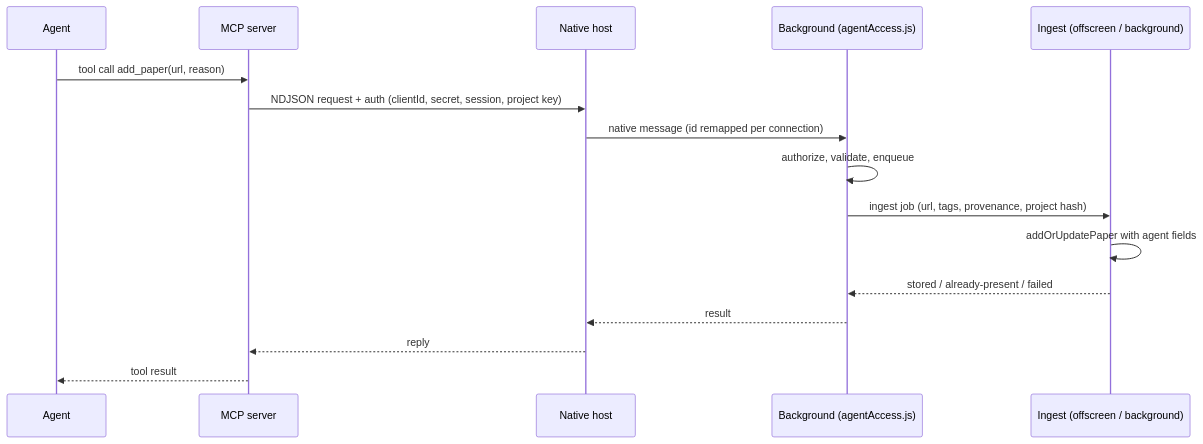
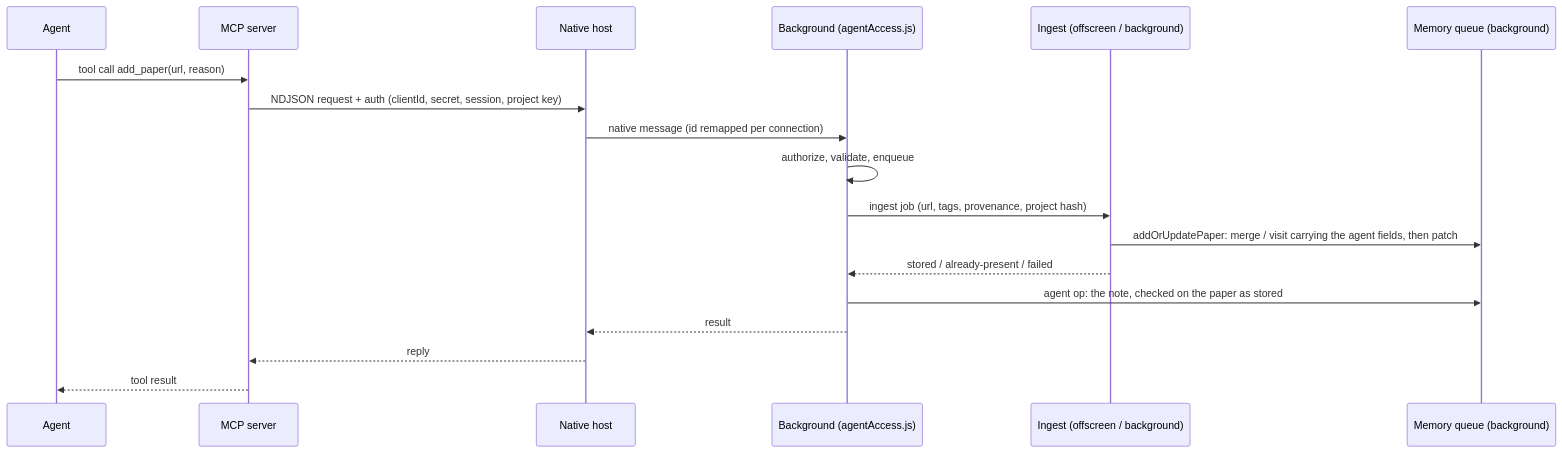
One commit to vict0rsch/PaperMemory changed the second of 2 diagrams in system-architecture.md. Above: the diagram before and after it, drawn with Mermaid. The commit also changed other lines of this file and 3 other files, not shown here.

First line of the commit message:
Document Agent access on the Memory queue (#357)

````diff
--- a/system-architecture.md
+++ b/system-architecture.md
@@ -176,18 +179,20 @@
 ```mermaid
 sequenceDiagram
     participant A as Agent
     participant M as MCP server
     participant H as Native host
     participant B as Background (agentAccess.js)
     participant I as Ingest (offscreen / background)
+    participant Q as Memory queue (background)
     A->>M: tool call add_paper(url, reason)
     M->>H: NDJSON request + auth (clientId, secret, session, project key)
     H->>B: native message (id remapped per connection)
     B->>B: authorize, validate, enqueue
     B->>I: ingest job (url, tags, provenance, project hash)
-    I->>I: addOrUpdatePaper with agent fields
+    I->>Q: addOrUpdatePaper: merge / visit carrying the agent fields, then patch
     I-->>B: stored / already-present / failed
+    B->>Q: agent op: the note, checked on the paper as stored
     B-->>H: result
     H-->>M: reply
     M-->>A: tool result
 ```
````
